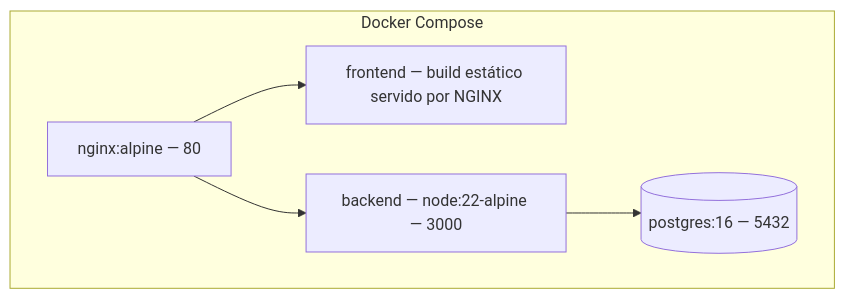
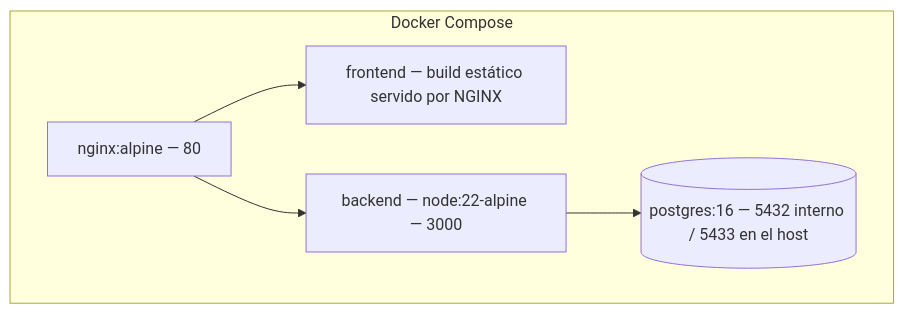
The seventh of 9 diagrams in ARCHITECTURE.md (villagranp/crm_template), drawn with Mermaid before and after one commit. The commit also changed 27 other files, not shown here.

````diff
--- a/ARCHITECTURE.md
+++ b/ARCHITECTURE.md
@@ -166,12 +166,12 @@
 ```mermaid
 flowchart TB
   subgraph Docker Compose
     NG["nginx:alpine — 80"]
     FE["frontend — build estático servido por NGINX"]
     BE["backend — node:22-alpine — 3000"]
-    DB[("postgres:16 — 5432")]
+    DB[("postgres:16 — 5432 interno / 5433 en el host")]
   end
   NG --> FE
   NG --> BE
   BE --> DB
 ```
````
